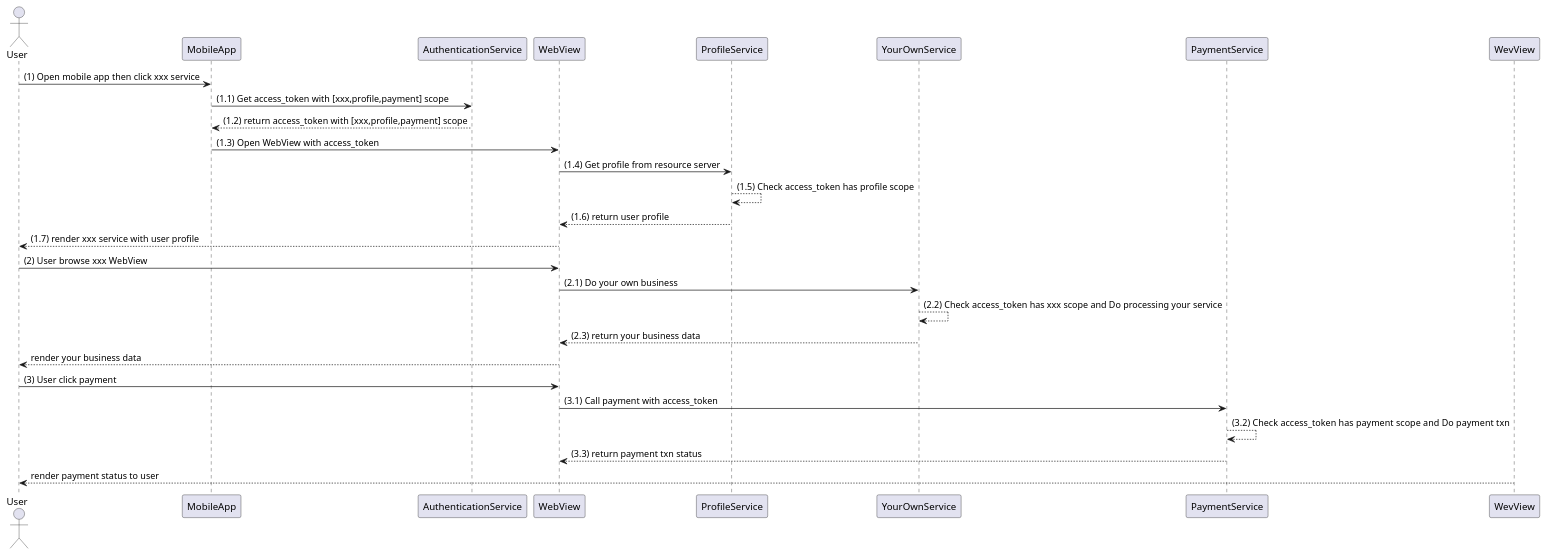
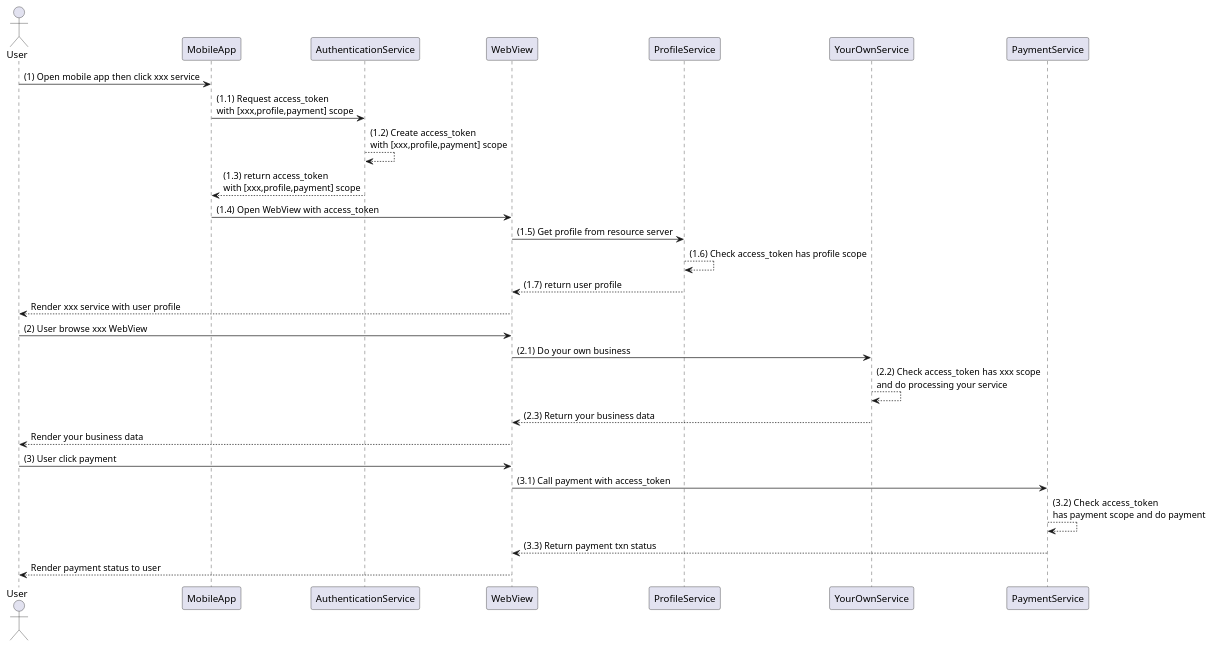
Before and after one commit to jiramot/payment-diagram: the diagram in webview_with_openapi.puml, drawn with PlantUML.

Commit message:
Fix payment sequance

```diff
--- a/webview_with_openapi.puml
+++ b/webview_with_openapi.puml
@@ -1,26 +1,27 @@
 @startuml
 actor User
 User -> MobileApp: (1) Open mobile app then click xxx service
-MobileApp -> AuthenticationService : (1.1) Get access_token with [xxx,profile,payment] scope
-AuthenticationService --> MobileApp : (1.2) return access_token with [xxx,profile,payment] scope
+MobileApp -> AuthenticationService : (1.1) Request access_token \nwith [xxx,profile,payment] scope
+AuthenticationService --> AuthenticationService: (1.2) Create access_token \nwith [xxx,profile,payment] scope
+AuthenticationService --> MobileApp : (1.3) return access_token \nwith [xxx,profile,payment] scope
 
-MobileApp -> WebView : (1.3) Open WebView with access_token
-WebView -> ProfileService: (1.4) Get profile from resource server
-ProfileService --> ProfileService : (1.5) Check access_token has profile scope
-ProfileService --> WebView : (1.6) return user profile
+MobileApp -> WebView : (1.4) Open WebView with access_token
+WebView -> ProfileService: (1.5) Get profile from resource server
+ProfileService --> ProfileService : (1.6) Check access_token has profile scope
+ProfileService --> WebView : (1.7) return user profile
 
-WebView --> User : (1.7) render xxx service with user profile
+WebView --> User : Render xxx service with user profile
 
 User -> WebView: (2) User browse xxx WebView
 WebView -> YourOwnService: (2.1) Do your own business
-YourOwnService --> YourOwnService: (2.2) Check access_token has xxx scope and Do processing your service
-YourOwnService --> WebView: (2.3) return your business data
-WebView --> User : render your business data
+YourOwnService --> YourOwnService: (2.2) Check access_token has xxx scope \nand do processing your service
+YourOwnService --> WebView: (2.3) Return your business data
+WebView --> User : Render your business data
 
 User -> WebView : (3) User click payment
 WebView -> PaymentService: (3.1) Call payment with access_token
-PaymentService --> PaymentService: (3.2)  Check access_token has payment scope and Do payment txn
-PaymentService --> WebView: (3.3) return payment txn status
-WevView --> User: render payment status to user
+PaymentService --> PaymentService: (3.2)  Check access_token \nhas payment scope and do payment
+PaymentService --> WebView: (3.3) Return payment txn status
+WebView --> User: Render payment status to user
 
 @enduml
```
